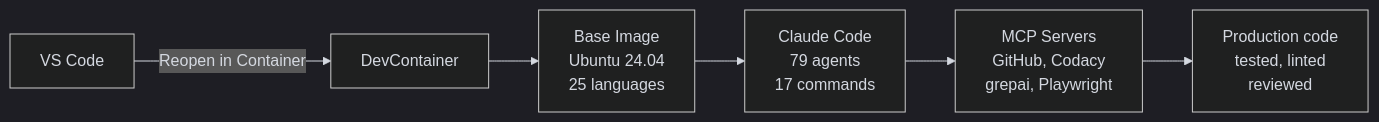
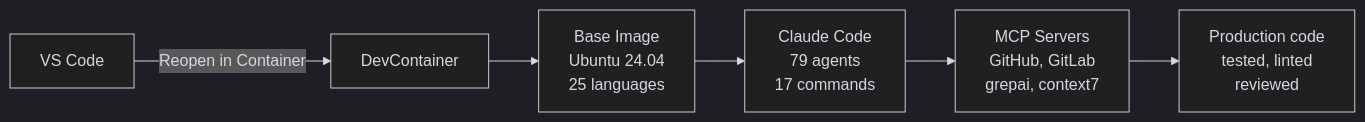
Before and after one commit to kodflow/devcontainer-template: the diagram in docs/index.md, drawn with Mermaid. The commit also changed other lines of this file and 77 other files, not shown here.

First line of the commit message:
refactor(mcp,features): feature-based MCP architecture + GHCR OCI publishing (#274)

````diff
--- a/docs/index.md
+++ b/docs/index.md
@@ -24,15 +24,15 @@
 ```mermaid
 %%{init: {'theme': 'dark', 'themeVariables': {
   'primaryColor': '#9D76FB1a',
   'primaryBorderColor': '#9D76FB',
   'primaryTextColor': '#d4d8e0',
   'lineColor': '#d4d8e0',
   'textColor': '#d4d8e0'
 }}}%%
 flowchart LR
     A[VS Code] -->|"Reopen in Container"| B[DevContainer]
     B --> C[Base Image<br/>Ubuntu 24.04<br/>25 languages]
     C --> D[Claude Code<br/>79 agents<br/>17 commands]
-    D --> E[MCP Servers<br/>GitHub, Codacy<br/>grepai, Playwright]
+    D --> E[MCP Servers<br/>GitHub, GitLab<br/>grepai, context7]
     E --> F[Production code<br/>tested, linted<br/>reviewed]
 ```
````
